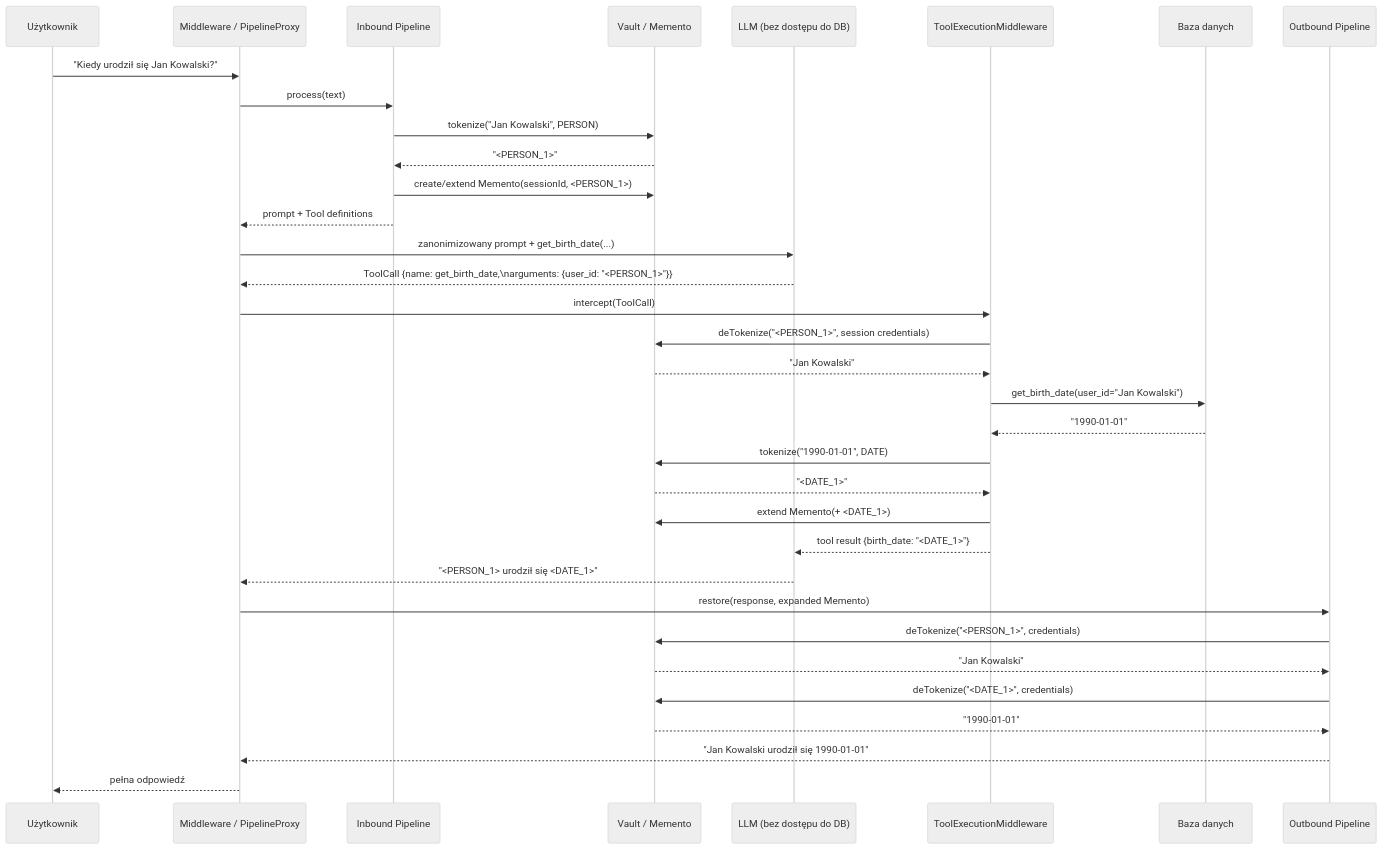
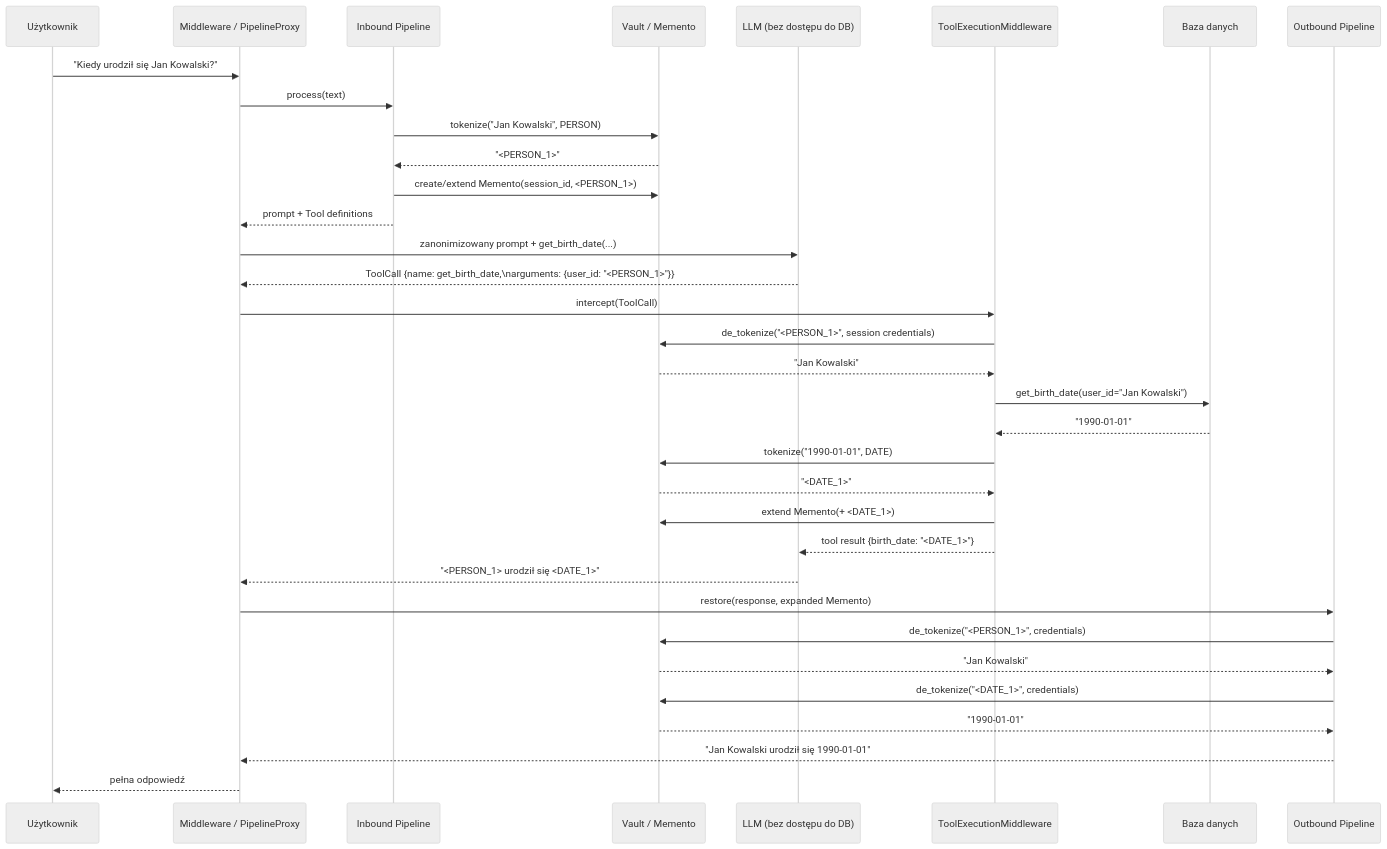
Before and after one commit to gniewekk/Privacy-Preserving-Context-Pipeline-for-LLMs-DP: diagram 13 of 14 in ARCHITECTURE.md, drawn with Mermaid (neutral theme). The commit also changed other lines of this file and 30 other files, not shown here.

````diff
--- a/ARCHITECTURE.md
+++ b/ARCHITECTURE.md
@@ -668,39 +668,39 @@
 ```mermaid
 sequenceDiagram
     participant User as Użytkownik
     participant Middleware as Middleware / PipelineProxy
     participant InPipe as Inbound Pipeline
     participant Vault as Vault / Memento
     participant LLM as LLM (bez dostępu do DB)
     participant ToolMW as ToolExecutionMiddleware
     participant DB as Baza danych
     participant OutPipe as Outbound Pipeline
 
     User->>Middleware: "Kiedy urodził się Jan Kowalski?"
     Middleware->>InPipe: process(text)
     InPipe->>Vault: tokenize("Jan Kowalski", PERSON)
     Vault-->>InPipe: "<PERSON_1>"
-    InPipe->>Vault: create/extend Memento(sessionId, <PERSON_1>)
+    InPipe->>Vault: create/extend Memento(session_id, <PERSON_1>)
     InPipe-->>Middleware: prompt + Tool definitions
     Middleware->>LLM: zanonimizowany prompt + get_birth_date(...)
     LLM-->>Middleware: ToolCall {name: get_birth_date,\narguments: {user_id: "<PERSON_1>"}}
 
     Middleware->>ToolMW: intercept(ToolCall)
-    ToolMW->>Vault: deTokenize("<PERSON_1>", session credentials)
+    ToolMW->>Vault: de_tokenize("<PERSON_1>", session credentials)
     Vault-->>ToolMW: "Jan Kowalski"
     ToolMW->>DB: get_birth_date(user_id="Jan Kowalski")
     DB-->>ToolMW: "1990-01-01"
     ToolMW->>Vault: tokenize("1990-01-01", DATE)
     Vault-->>ToolMW: "<DATE_1>"
     ToolMW->>Vault: extend Memento(+ <DATE_1>)
     ToolMW-->>LLM: tool result {birth_date: "<DATE_1>"}
 
     LLM-->>Middleware: "<PERSON_1> urodził się <DATE_1>"
     Middleware->>OutPipe: restore(response, expanded Memento)
-    OutPipe->>Vault: deTokenize("<PERSON_1>", credentials)
+    OutPipe->>Vault: de_tokenize("<PERSON_1>", credentials)
     Vault-->>OutPipe: "Jan Kowalski"
-    OutPipe->>Vault: deTokenize("<DATE_1>", credentials)
+    OutPipe->>Vault: de_tokenize("<DATE_1>", credentials)
     Vault-->>OutPipe: "1990-01-01"
     OutPipe-->>Middleware: "Jan Kowalski urodził się 1990-01-01"
     Middleware-->>User: pełna odpowiedź
 ```
````
